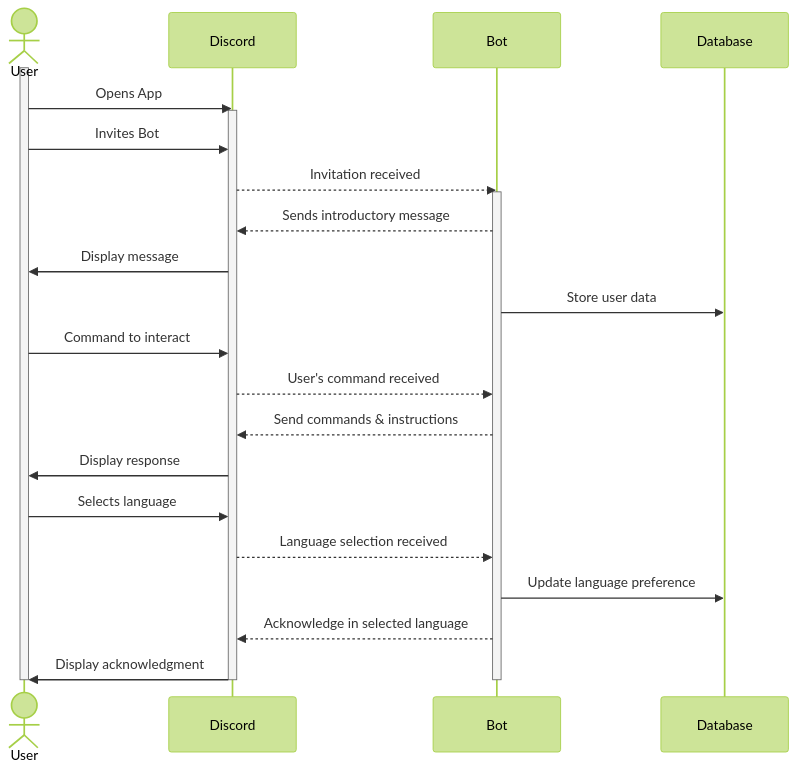
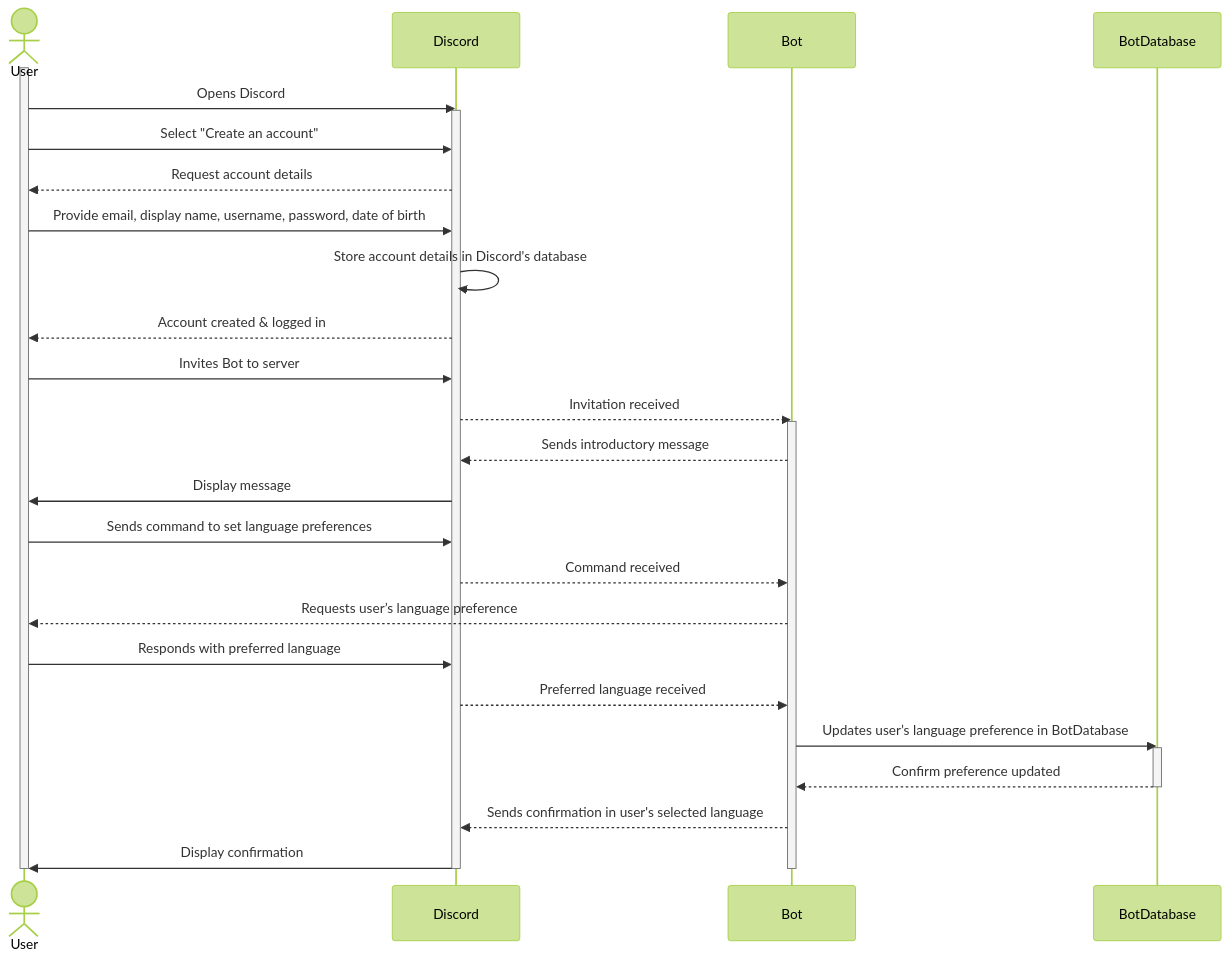
One commit to Capstone-Projects-2023-Fall/project-language-learning-discord-bot changed the first of 6 diagrams in documentation/docs/system-architecture/sequence-diagrams.md. Above: the diagram before and after it, drawn with Mermaid (forest theme). The commit also changed other lines of this file, not shown here.

Commit message:
Revised sequence-diagrams.md

````diff
--- a/documentation/docs/system-architecture/sequence-diagrams.md
+++ b/documentation/docs/system-architecture/sequence-diagrams.md
@@ -7,30 +7,36 @@
 ```mermaid
 sequenceDiagram
     actor U as User
     participant D as Discord
     participant B as Bot
-    participant DB as Database
+    participant DB as BotDatabase
 
     activate U
-    U->>D: Opens App
+    U->>D: Opens Discord
     activate D
-    U->>D: Invites Bot
+    U->>D: Select "Create an account"
+    D-->>U: Request account details
+    U->>D: Provide email, display name, username, password, date of birth
+    D->>D: Store account details in Discord's database
+    D-->>U: Account created & logged in
+    U->>D: Invites Bot to server
     D-->>B: Invitation received
     activate B
     B-->>D: Sends introductory message
     D->>U: Display message
-    B->>DB: Store user data
-    U->>D: Command to interact
-    D-->>B: User's command received
-    B-->>D: Send commands & instructions
-    D->>U: Display response
-    U->>D: Selects language
-    D-->>B: Language selection received
-    B->>DB: Update language preference
-    B-->>D: Acknowledge in selected language
-    D->>U: Display acknowledgment
+    U->>D: Sends command to set language preferences
+    D-->>B: Command received
+    B-->>U: Requests user’s language preference
+    U->>D: Responds with preferred language
+    D-->>B: Preferred language received
+    B->>DB: Updates user’s language preference in BotDatabase
+    activate DB
+    DB-->>B: Confirm preference updated
+    deactivate DB
+    B-->>D: Sends confirmation in user's selected language
+    D->>U: Display confirmation
     deactivate B
     deactivate D
     deactivate U
 
 ```
````
